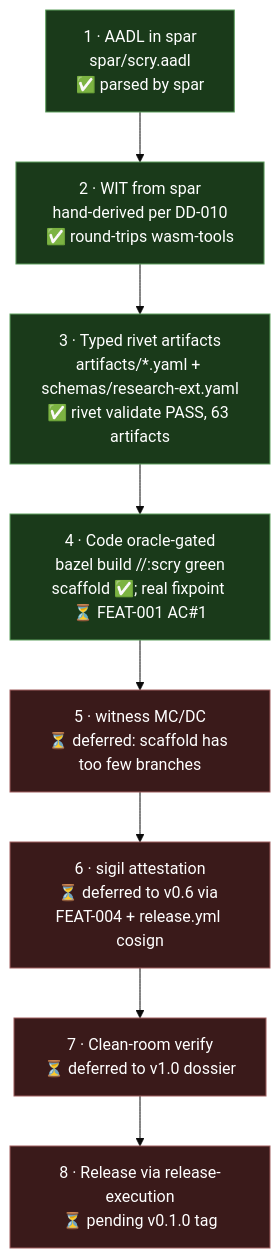
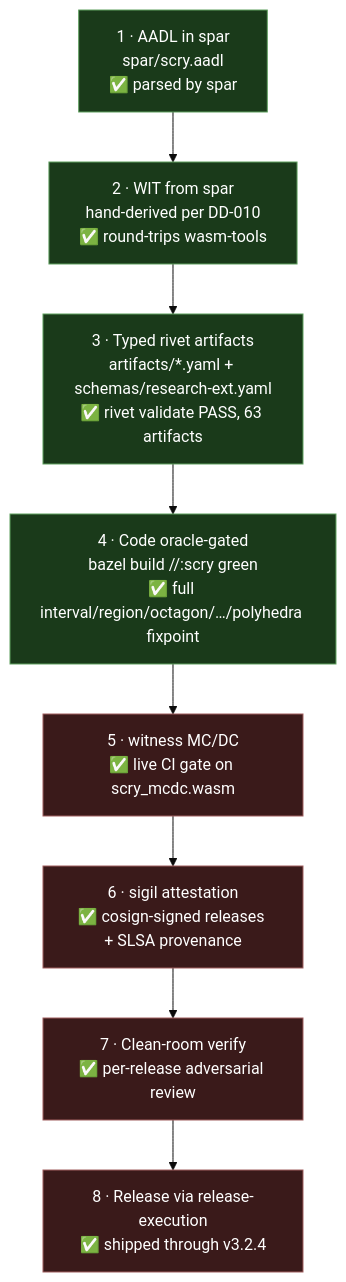
One commit to pulseengine/scry changed the third of 5 diagrams in docs/architecture.md. Above: the diagram before and after it, drawn with Mermaid (base theme). The commit also changed other lines of this file and 4 other files, not shown here.

````diff
--- a/docs/architecture.md
+++ b/docs/architecture.md
@@ -182,17 +182,17 @@
 ```mermaid
 graph TD
     S1[1 · AADL in spar<br/>spar/scry.aadl<br/>✅ parsed by spar] --> S2
     S2[2 · WIT from spar<br/>hand-derived per DD-010<br/>✅ round-trips wasm-tools] --> S3
     S3[3 · Typed rivet artifacts<br/>artifacts/*.yaml + schemas/research-ext.yaml<br/>✅ rivet validate PASS, 63 artifacts] --> S4
-    S4[4 · Code oracle-gated<br/>bazel build //:scry green<br/>scaffold ✅; real fixpoint ⏳ FEAT-001 AC#1] --> S5
-    S5[5 · witness MC/DC<br/>⏳ deferred: scaffold has too few branches] --> S6
-    S6[6 · sigil attestation<br/>⏳ deferred to v0.6 via FEAT-004 + release.yml cosign] --> S7
-    S7[7 · Clean-room verify<br/>⏳ deferred to v1.0 dossier] --> S8
-    S8[8 · Release via release-execution<br/>⏳ pending v0.1.0 tag]
+    S4[4 · Code oracle-gated<br/>bazel build //:scry green<br/>✅ full interval/region/octagon/…/polyhedra fixpoint] --> S5
+    S5[5 · witness MC/DC<br/>✅ live CI gate on scry_mcdc.wasm] --> S6
+    S6[6 · sigil attestation<br/>✅ cosign-signed releases + SLSA provenance] --> S7
+    S7[7 · Clean-room verify<br/>✅ per-release adversarial review] --> S8
+    S8[8 · Release via release-execution<br/>✅ shipped through v3.2.4]
 
     classDef done fill:#1a3a1a,stroke:#5fa05f,color:#fff
     classDef pending fill:#3a1a1a,stroke:#a05f5f,color:#fff
     class S1,S2,S3 done
     class S4 done
     class S5,S6,S7,S8 pending
 ```
````
